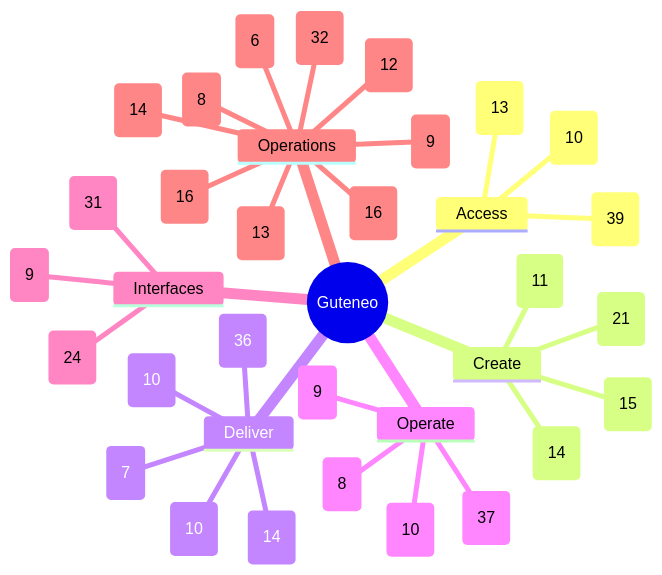
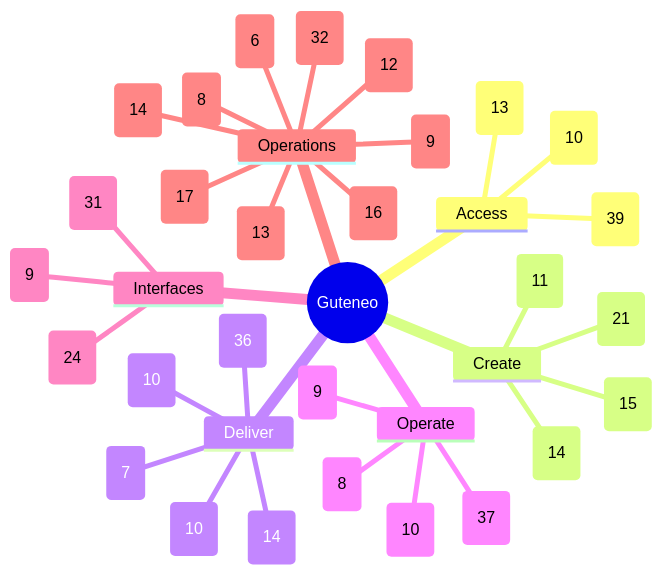
Before and after one commit to nclsppr/guteneo: the diagram in docs/FEATURE_MAP.md, drawn with Mermaid. The commit also changed other lines of this file and 18 other files, not shown here.

````diff
--- a/docs/FEATURE_MAP.md
+++ b/docs/FEATURE_MAP.md
@@ -13,38 +13,38 @@
 ```mermaid
 mindmap
   root((Guteneo))
     Access
       Access and identity (39)
       Team and responsibilities (10)
       Workspace administration and reports (13)
     Create
       Documents and protection (21)
       Template studio (14)
       Data and mappings (11)
       PDF generation and distribution (15)
     Deliver
       Fax (10)
       Postal mail (10)
       Email and protected links (14)
       Sensitive distribution and personal documents (36)
       Dispatch dry run (7)
     Operate
       Campaigns and tracking (8)
       Credits and billing (9)
       Workspace layout and browser appearance (37)
       PDF verification (10)
     Interfaces
       Assistants and API (31)
       iPhone and iPad (9)
       Public pages, languages and appearance (24)
     Operations
       Reviewer OAuth qualification (9)
       Operations and reliability (32)
       Belvédère platform oversight (14)
       Public service status (16)
       Engineering documentation (12)
       Codex Cloud development (8)
       Continuous reviewer preparation (6)
       Automatic fax tariff maintenance (13)
-      Consumed provider freshness and preventive deadline actions (16)
+      Consumed provider freshness and preventive deadline actions (17)
 ```
````
